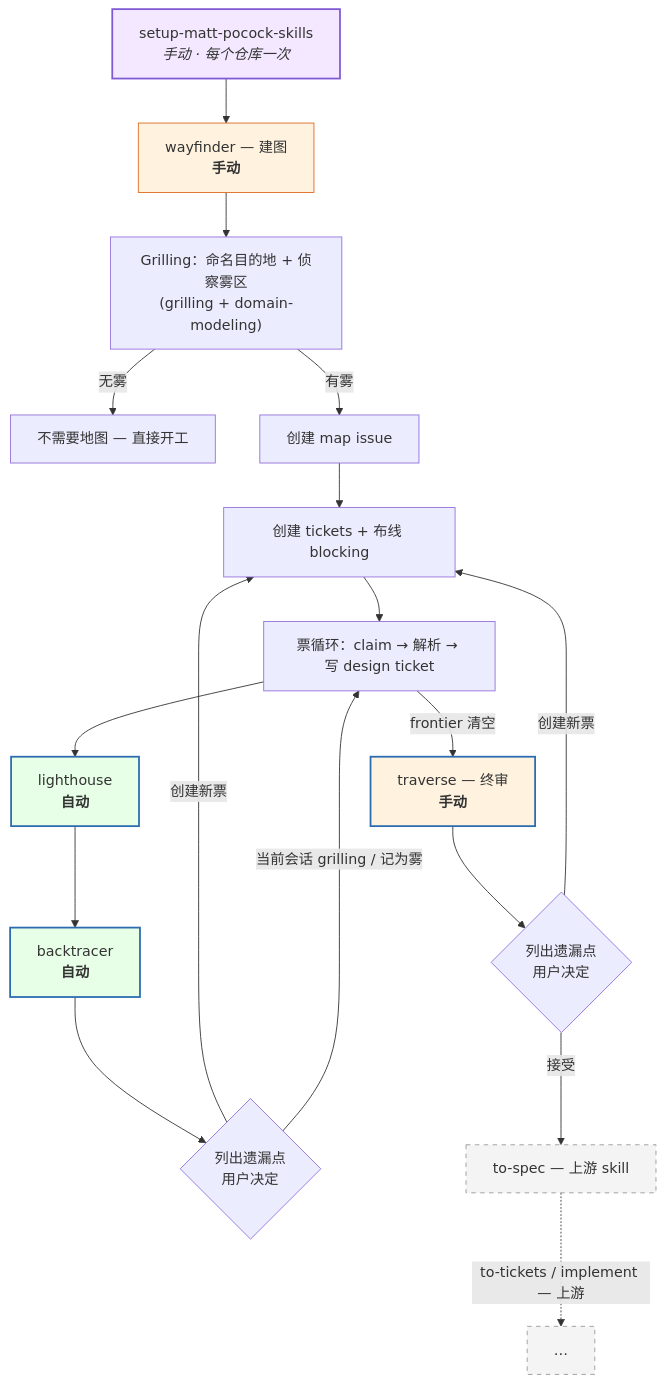
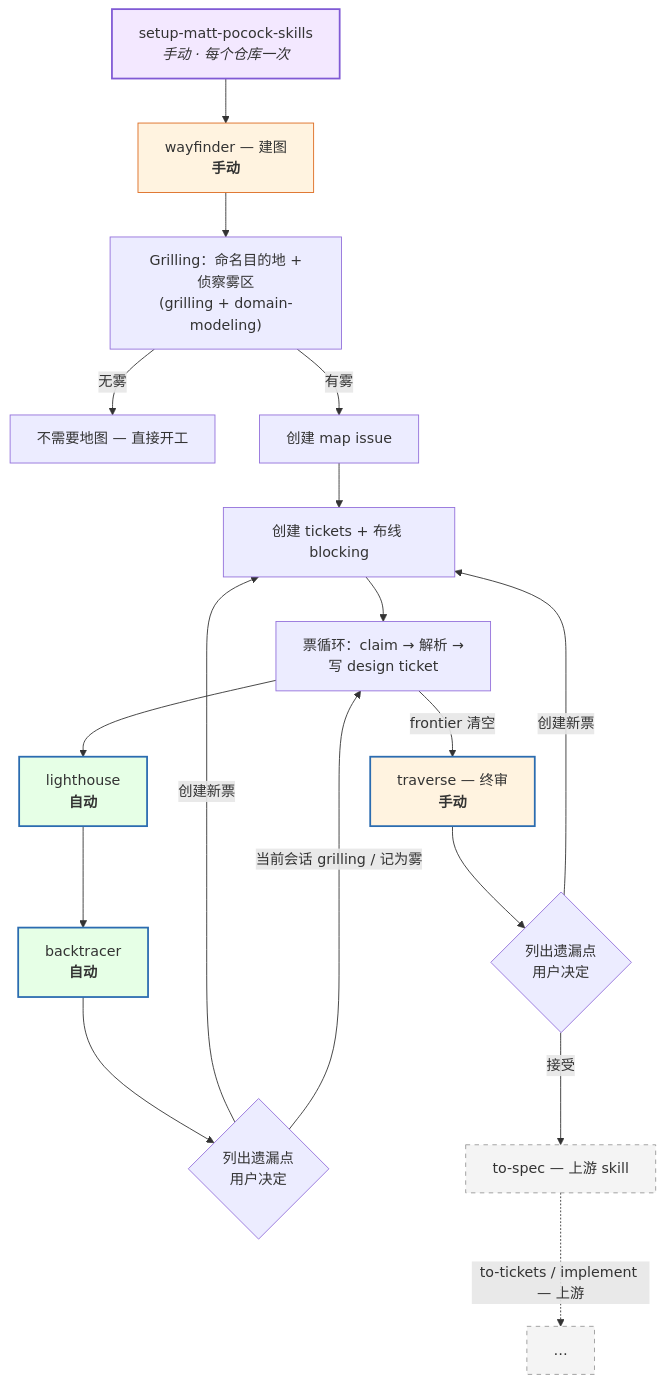
Before and after one commit to hugosol/oh-my-wayfinder: the first of 2 diagrams in README.cn.md, drawn with Mermaid. The commit also changed other lines of this file and 1 other file, not shown here.

Commit message:
add br to mermaid

````diff
--- a/README.cn.md
+++ b/README.cn.md
@@ -46,27 +46,27 @@
 ```mermaid
 flowchart TD
     S["setup-matt-pocock-skills<br/><i>手动 · 每个仓库一次</i>"] --> W["wayfinder — 建图<br/><b>手动</b>"]
-    W --> G["Grilling：命名目的地 + 侦察雾区<br/>(grilling + domain-modeling)"]
+    W --> G["Grilling：命名目的地 +<br/>侦察雾区<br/>(grilling + domain-modeling)"]
     G -->|"无雾"| N["不需要地图 — 直接开工"]
     G -->|"有雾"| M["创建 map issue"]
     M --> T["创建 tickets + 布线 blocking"]
-    T --> L["票循环：claim → 解析 → 写 design ticket"]
+    T --> L["票循环：claim → 解析 →<br/>写 design ticket"]
     L --> LH["lighthouse<br/><b>自动</b>"]
     LH --> BT["backtracer<br/><b>自动</b>"]
     BT --> CG{"列出遗漏点<br/>用户决定"}
     CG -->|"创建新票"| T
     CG -->|"当前会话 grilling / 记为雾"| L
     L -->|"frontier 清空"| TR["traverse — 终审<br/><b>手动</b>"]
     TR --> CG2{"列出遗漏点<br/>用户决定"}
     CG2 -->|"创建新票"| T
     CG2 -->|"接受"| TS["to-spec — 上游 skill"]
     TS -.->|"to-tickets / implement — 上游"| X["…"]
 
     style LH fill:#e6ffe6,stroke:#2b6cb0,stroke-width:2px
     style BT fill:#e6ffe6,stroke:#2b6cb0,stroke-width:2px
     style TR fill:#fff3e0,stroke:#2b6cb0,stroke-width:2px
     style W fill:#fff3e0,stroke:#dd6b20
     style S fill:#f3e8ff,stroke:#805ad5,stroke-width:2px
     style TS fill:#f4f4f4,stroke:#999,stroke-dasharray:5 5
     style X fill:#f4f4f4,stroke:#999,stroke-dasharray:5 5
 ```
````
